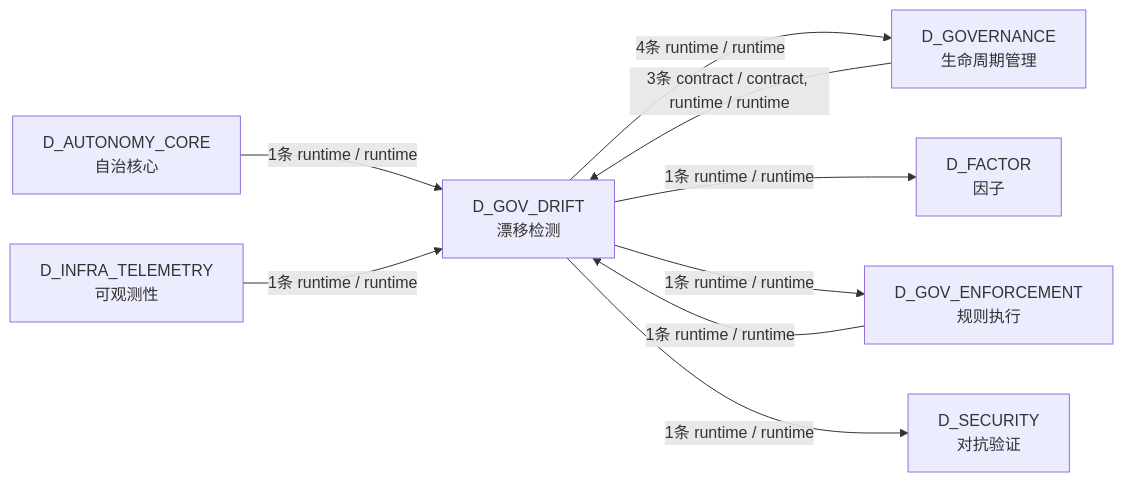
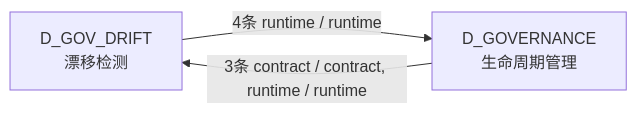
The third of 3 diagrams in docs/02_enterprise_architecture/02_domain_architecture_docs/34_d_gov_drift.md (xuanFelixVan/ZephyrAlpha), drawn with Mermaid before and after one commit. The commit also changed other lines of this file and 99 other files, not shown here.

````diff
--- a/docs/02_enterprise_architecture/02_domain_architecture_docs/34_d_gov_drift.md
+++ b/docs/02_enterprise_architecture/02_domain_architecture_docs/34_d_gov_drift.md
@@ -175,18 +145,7 @@
 ```mermaid
 graph LR
     D_GOV_DRIFT["D_GOV_DRIFT<br/>漂移检测"]
     D_GOVERNANCE["D_GOVERNANCE<br/>生命周期管理"]
-    D_FACTOR["D_FACTOR<br/>因子"]
-    D_GOV_ENFORCEMENT["D_GOV_ENFORCEMENT<br/>规则执行"]
-    D_SECURITY["D_SECURITY<br/>对抗验证"]
-    D_AUTONOMY_CORE["D_AUTONOMY_CORE<br/>自治核心"]
-    D_INFRA_TELEMETRY["D_INFRA_TELEMETRY<br/>可观测性"]
     D_GOV_DRIFT -->|4条 runtime / runtime| D_GOVERNANCE
-    D_GOV_DRIFT -->|1条 runtime / runtime| D_FACTOR
-    D_GOV_DRIFT -->|1条 runtime / runtime| D_GOV_ENFORCEMENT
-    D_GOV_DRIFT -->|1条 runtime / runtime| D_SECURITY
     D_GOVERNANCE -->|3条 contract / contract, runtime / runtime| D_GOV_DRIFT
-    D_AUTONOMY_CORE -->|1条 runtime / runtime| D_GOV_DRIFT
-    D_GOV_ENFORCEMENT -->|1条 runtime / runtime| D_GOV_DRIFT
-    D_INFRA_TELEMETRY -->|1条 runtime / runtime| D_GOV_DRIFT
 ```
````
